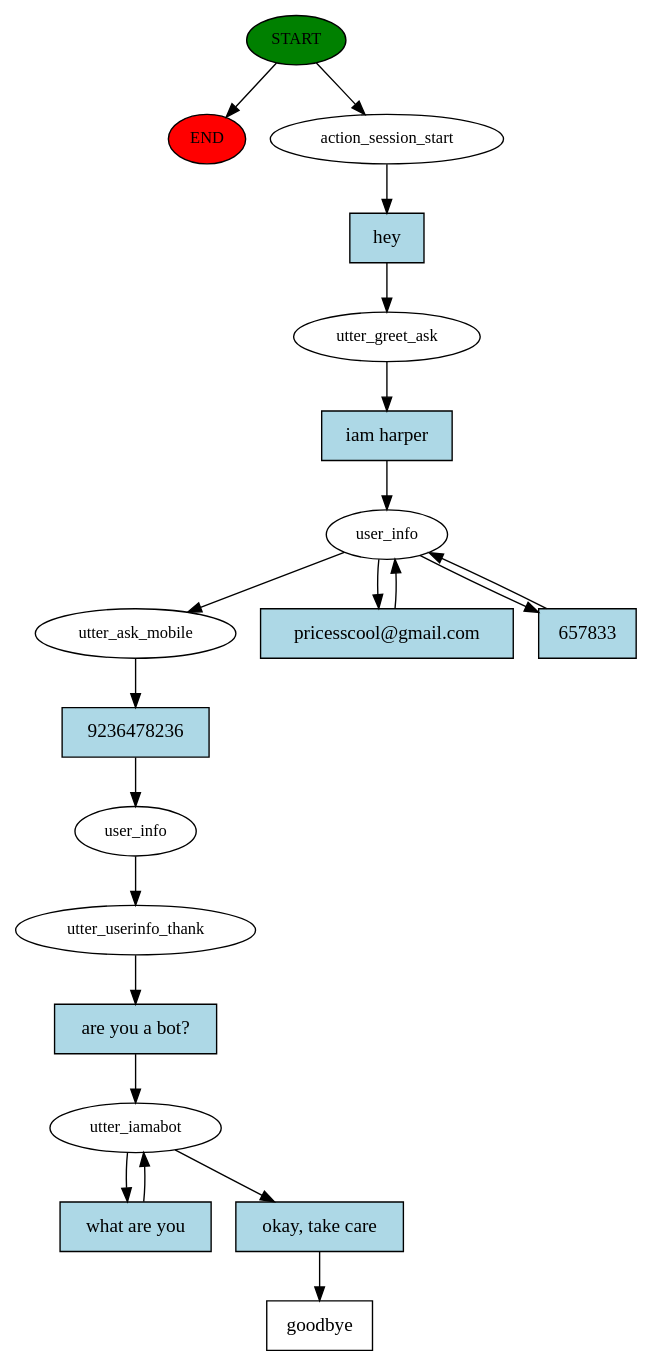
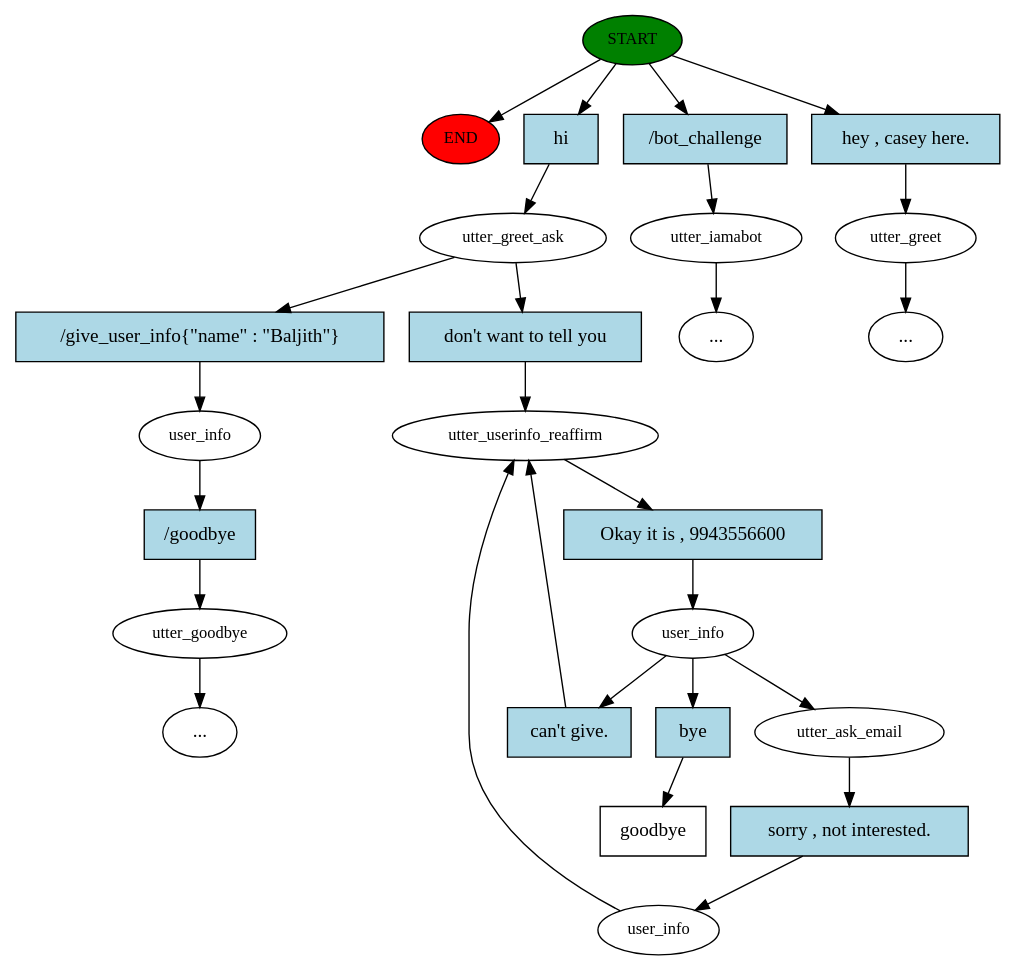
Before and after one commit to sanjayrjs16/covid_info_bot: the diagram in story_graph.dot, drawn with Graphviz. The commit also changed 9 other files, not shown here.

```diff
--- a/story_graph.dot
+++ b/story_graph.dot
@@ -1,40 +1,53 @@
 digraph  {
 0 [class="start active", fillcolor=green, fontsize=12, label=START, style=filled];
 "-1" [class=end, fillcolor=red, fontsize=12, label=END, style=filled];
-1 [class=active, fontsize=12, label=action_session_start];
-2 [class=active, fontsize=12, label=utter_greet_ask];
-3 [class=active, fontsize=12, label=user_info];
-6 [class=active, fontsize=12, label=utter_ask_mobile];
-7 [class=active, fontsize=12, label=user_info];
-8 [class=active, fontsize=12, label=utter_userinfo_thank];
-9 [class=active, fontsize=12, label=utter_iamabot];
-12 [class="intent dashed active", label=goodbye, shape=rect];
-13 [class="intent active", fillcolor=lightblue, label=hey, shape=rect, style=filled];
-14 [class="intent active", fillcolor=lightblue, label="iam harper", shape=rect, style=filled];
-15 [class="intent active", fillcolor=lightblue, label="pricesscool@gmail.com", shape=rect, style=filled];
-16 [class="intent active", fillcolor=lightblue, label=657833, shape=rect, style=filled];
-17 [class="intent active", fillcolor=lightblue, label=9236478236, shape=rect, style=filled];
-18 [class="intent active", fillcolor=lightblue, label="are you a bot?", shape=rect, style=filled];
-19 [class="intent active", fillcolor=lightblue, label="what are you", shape=rect, style=filled];
-20 [class="intent active", fillcolor=lightblue, label="okay, take care", shape=rect, style=filled];
+1 [class=active, fontsize=12, label=utter_greet_ask];
+2 [class="", fontsize=12, label=user_info];
+3 [class="", fontsize=12, label=utter_goodbye];
+"-3" [class=ellipsis, label="..."];
+4 [class="", fontsize=12, label=utter_iamabot];
+"-4" [class=ellipsis, label="..."];
+5 [class="", fontsize=12, label=utter_greet];
+"-5" [class=ellipsis, label="..."];
+7 [class=active, fontsize=12, label=utter_userinfo_reaffirm];
+8 [class=active, fontsize=12, label=user_info];
+9 [class=active, fontsize=12, label=utter_ask_email];
+10 [class=active, fontsize=12, label=user_info];
+17 [class="intent dashed active", label=goodbye, shape=rect];
+18 [class="intent active", fillcolor=lightblue, label=hi, shape=rect, style=filled];
+19 [class=intent, fillcolor=lightblue, label="/bot_challenge", shape=rect, style=filled];
+20 [class=intent, fillcolor=lightblue, label="hey , casey here.", shape=rect, style=filled];
+21 [class=intent, fillcolor=lightblue, label="/give_user_info{\"name\" : \"Baljith\"}", shape=rect, style=filled];
+22 [class="intent active", fillcolor=lightblue, label="don't want to tell you", shape=rect, style=filled];
+23 [class=intent, fillcolor=lightblue, label="/goodbye", shape=rect, style=filled];
+24 [class="intent active", fillcolor=lightblue, label="Okay it is , 9943556600", shape=rect, style=filled];
+25 [class="intent active", fillcolor=lightblue, label="can't give.", shape=rect, style=filled];
+26 [class="intent active", fillcolor=lightblue, label=bye, shape=rect, style=filled];
+27 [class="intent active", fillcolor=lightblue, label="sorry , not interested.", shape=rect, style=filled];
 0 -> "-1"  [class="", key=NONE, label=""];
-0 -> 1  [class=active, key=NONE, label=""];
-1 -> 13  [class=active, key=0];
-2 -> 14  [class=active, key=0];
-3 -> 6  [class=active, key=NONE, label=""];
-3 -> 15  [class=active, key=0];
-3 -> 16  [class=active, key=0];
-6 -> 17  [class=active, key=0];
-7 -> 8  [class=active, key=NONE, label=""];
-8 -> 18  [class=active, key=0];
-9 -> 19  [class=active, key=0];
-9 -> 20  [class=active, key=0];
-13 -> 2  [class=active, key=0];
-14 -> 3  [class=active, key=0];
-15 -> 3  [class=active, key=0];
-16 -> 3  [class=active, key=0];
-17 -> 7  [class=active, key=0];
-18 -> 9  [class=active, key=0];
-19 -> 9  [class=active, key=0];
-20 -> 12  [class=active, key=0];
+0 -> 18  [class=active, key=0];
+0 -> 19  [class="", key=0];
+0 -> 20  [class="", key=0];
+1 -> 21  [class="", key=0];
+1 -> 22  [class=active, key=0];
+2 -> 23  [class="", key=0];
+3 -> "-3"  [class="", key=NONE, label=""];
+4 -> "-4"  [class="", key=NONE, label=""];
+5 -> "-5"  [class="", key=NONE, label=""];
+7 -> 24  [class=active, key=0];
+8 -> 9  [class=active, key=NONE, label=""];
+8 -> 25  [class=active, key=0];
+8 -> 26  [class=active, key=0];
+9 -> 27  [class=active, key=0];
+10 -> 7  [class=active, key=NONE, label=""];
+18 -> 1  [class=active, key=0];
+19 -> 4  [class="", key=0];
+20 -> 5  [class="", key=0];
+21 -> 2  [class="", key=0];
+22 -> 7  [class=active, key=0];
+23 -> 3  [class="", key=0];
+24 -> 8  [class=active, key=0];
+25 -> 7  [class=active, key=0];
+26 -> 17  [class=active, key=0];
+27 -> 10  [class=active, key=0];
 }
```
